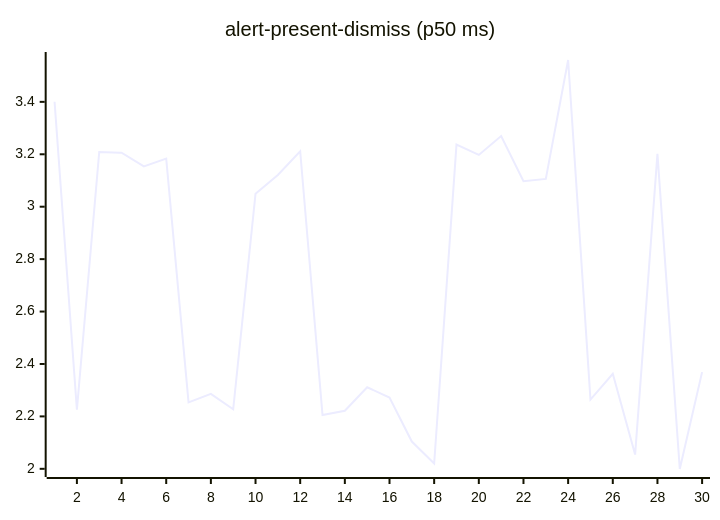
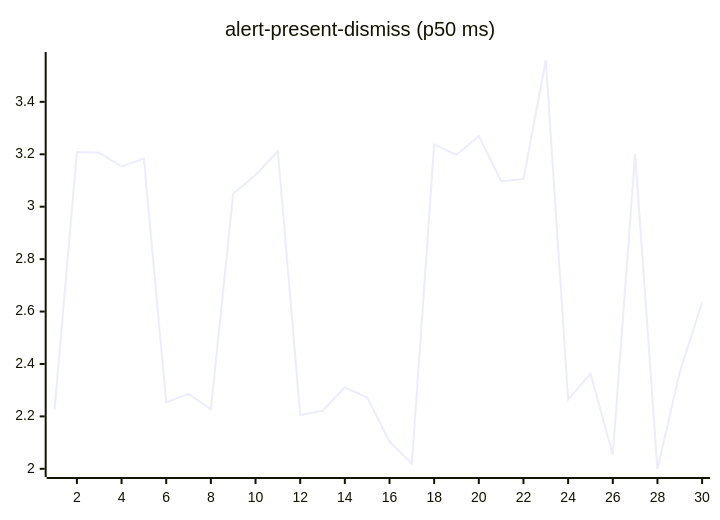
The second of 27 diagrams in README.md (josha/Facet), drawn with Mermaid before and after one commit. The commit also changed other lines of this file and 2 other files, not shown here.

````diff
--- a/README.md
+++ b/README.md
@@ -70,6 +70,6 @@
 ```mermaid
 xychart-beta
     title "alert-present-dismiss (p50 ms)"
     x-axis 1 --> 30
-    line [3.4006, 2.2253, 3.2090, 3.2058, 3.1536, 3.1837, 2.2536, 2.2857, 2.2272, 3.0496, 3.1212, 3.2117, 2.2054, 2.2216, 2.3109, 2.2722, 2.1040, 2.0200, 3.2371, 3.1976, 3.2697, 3.0970, 3.1061, 3.5597, 2.2642, 2.3626, 2.0543, 3.2013, 1.9993, 2.3689]
+    line [2.2253, 3.2090, 3.2058, 3.1536, 3.1837, 2.2536, 2.2857, 2.2272, 3.0496, 3.1212, 3.2117, 2.2054, 2.2216, 2.3109, 2.2722, 2.1040, 2.0200, 3.2371, 3.1976, 3.2697, 3.0970, 3.1061, 3.5597, 2.2642, 2.3626, 2.0543, 3.2013, 1.9993, 2.3689, 2.6340]
 ```
````
